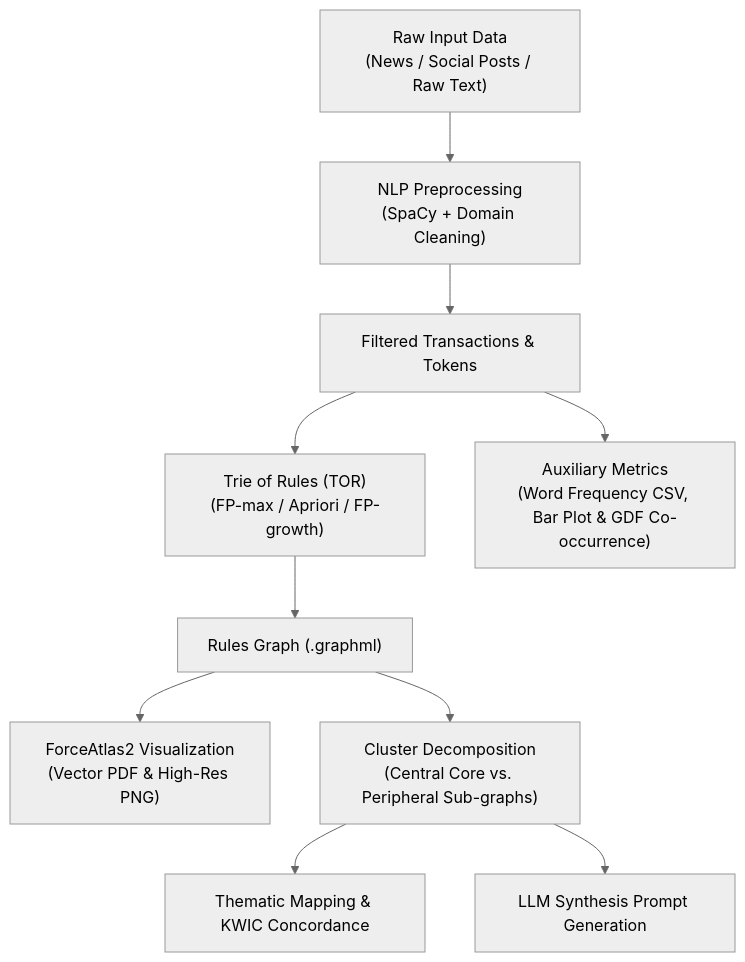
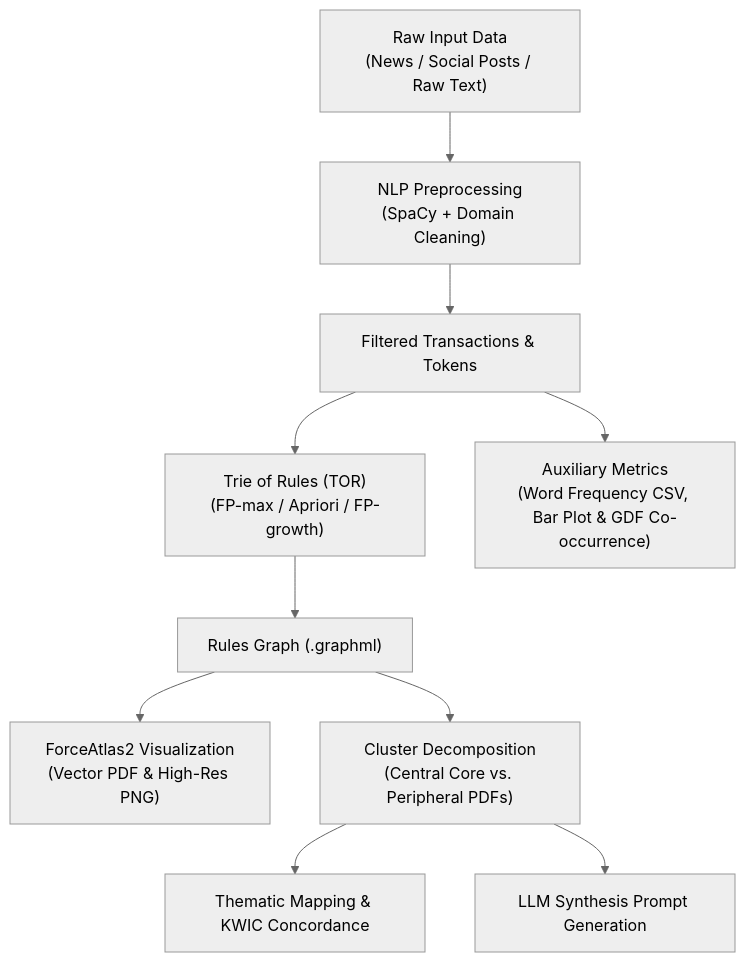
The diagram in README.md (luiza-bolonha/Pre-Processing-ToR), drawn with Mermaid (neutral theme) before and after one commit. The commit also changed other lines of this file and 16 other files, not shown here.

````diff
--- a/README.md
+++ b/README.md
@@ -200,14 +206,14 @@
 ```mermaid
 flowchart TD
     A["Raw Input Data<br/>(News / Social Posts / Raw Text)"] --> B["NLP Preprocessing<br/>(SpaCy + Domain Cleaning)"]
     B --> C["Filtered Transactions & Tokens"]
     C --> D["Trie of Rules (TOR)<br/>(FP-max / Apriori / FP-growth)"]
     D --> E["Rules Graph (.graphml)"]
     E --> F["ForceAtlas2 Visualization<br/>(Vector PDF & High-Res PNG)"]
     
-    E --> G["Cluster Decomposition<br/>(Central Core vs. Peripheral Sub-graphs)"]
+    E --> G["Cluster Decomposition<br/>(Central Core vs. Peripheral PDFs)"]
     G --> H["Thematic Mapping & KWIC Concordance"]
     G --> I["LLM Synthesis Prompt Generation"]
     
     C --> J["Auxiliary Metrics<br/>(Word Frequency CSV, Bar Plot & GDF Co-occurrence)"]
 ```
````
